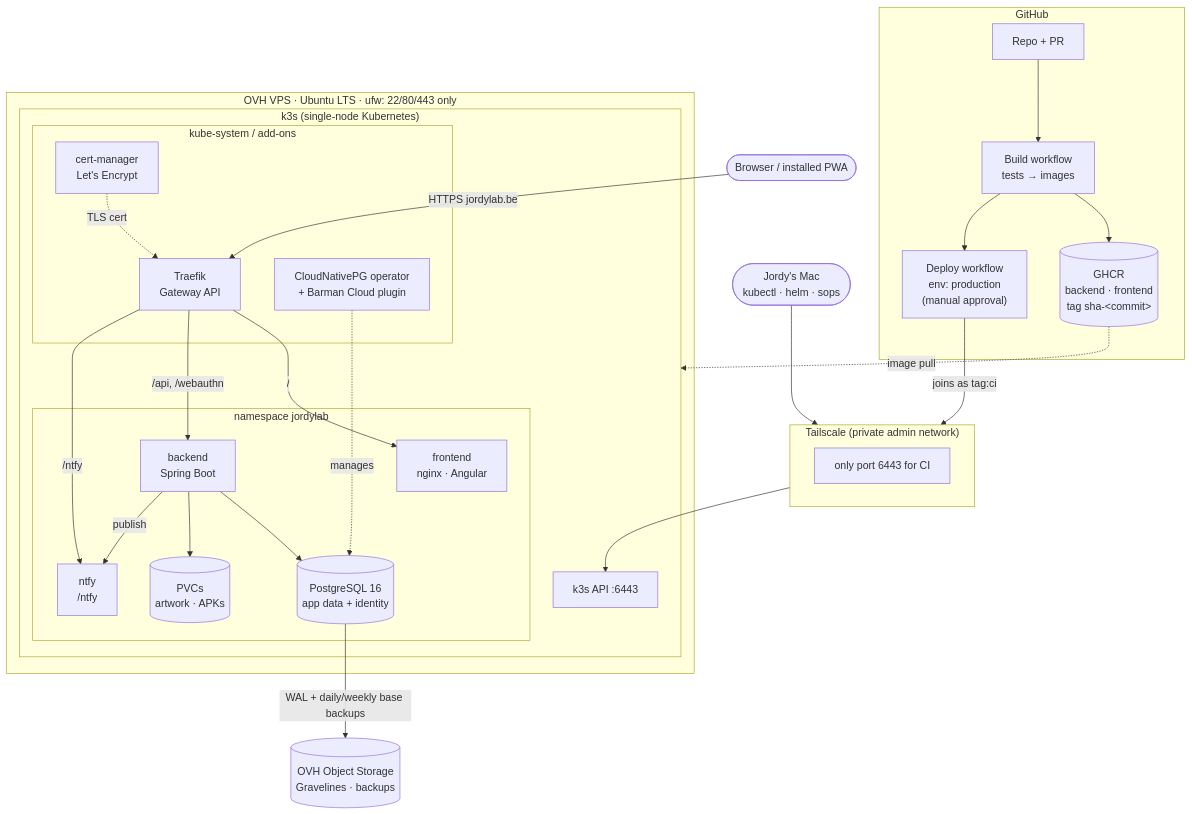
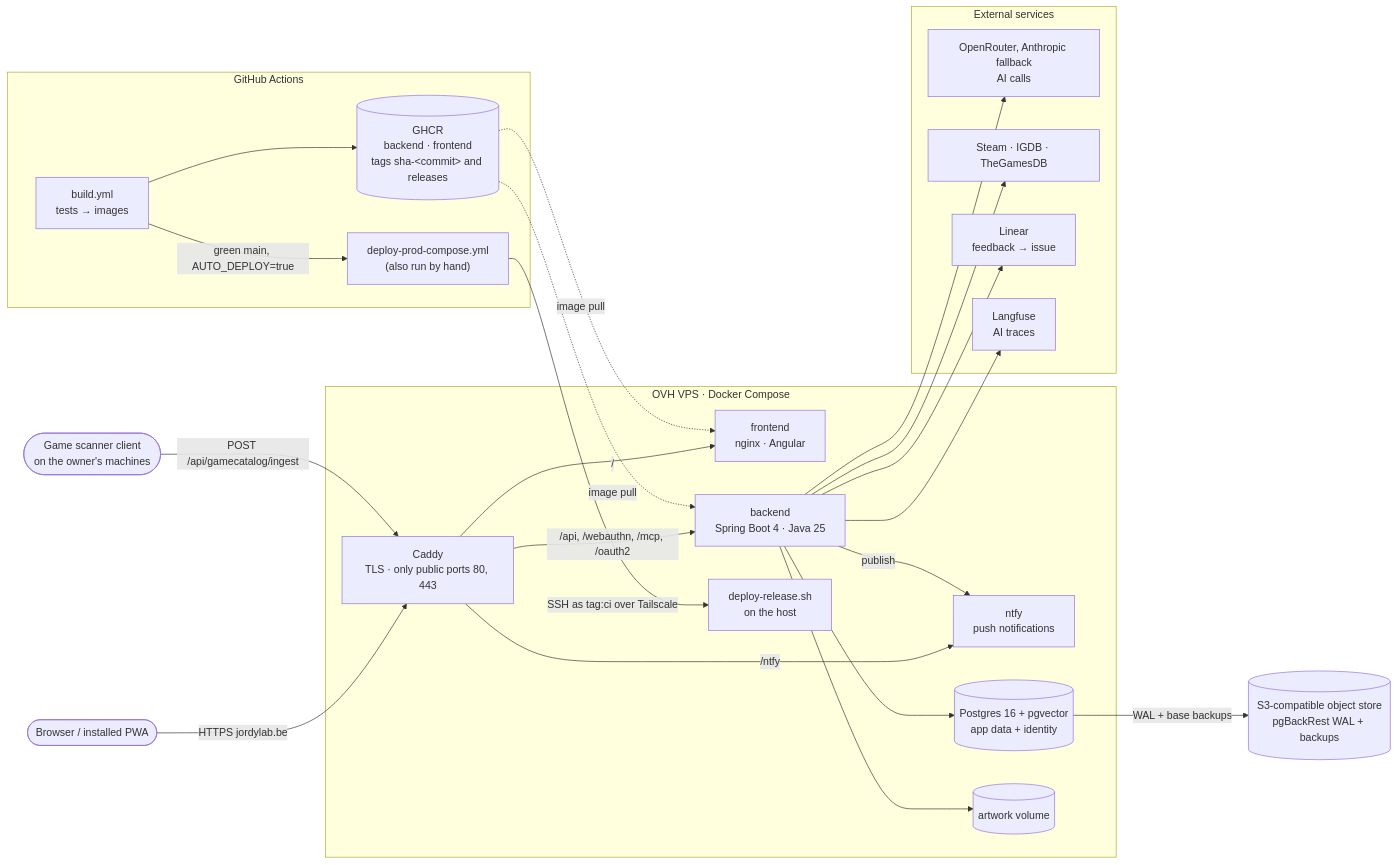
One commit to jordy-swinnen/JordyLab changed the diagram in README.md. Above: the diagram before and after it, drawn with Mermaid. The commit also changed other lines of this file and 3 other files, not shown here.

````diff
--- a/README.md
+++ b/README.md
@@ -14,51 +24,46 @@
 ```mermaid
-flowchart TB
+flowchart LR
     user(["Browser / installed PWA"])
-    dev(["Jordy's Mac<br/>kubectl · helm · sops"])
+    scanner(["Game scanner client<br/>on the owner's machines"])
 
-    subgraph gh["GitHub"]
-        repo["Repo + PR"] --> build["Build workflow<br/>tests → images"]
-        build --> ghcr[("GHCR<br/>backend · frontend<br/>tag sha-&lt;commit&gt;")]
-        build --> deploy["Deploy workflow<br/>env: production<br/>(manual approval)"]
+    subgraph gh["GitHub Actions"]
+        build["build.yml<br/>tests → images"] --> ghcr[("GHCR<br/>backend · frontend<br/>tags sha-&lt;commit&gt; and releases")]
+        build -- "green main, AUTO_DEPLOY=true" --> deploy["deploy-prod-compose.yml<br/>(also run by hand)"]
     end
 
-    subgraph ts["Tailscale (private admin network)"]
-        tsnote["only port 6443 for CI"]
+    subgraph vps["OVH VPS · Docker Compose"]
+        caddy["Caddy<br/>TLS · only public ports 80, 443"]
+        fe["frontend<br/>nginx · Angular"]
+        be["backend<br/>Spring Boot 4 · Java 25"]
+        ntfy["ntfy<br/>push notifications"]
+        pg[("Postgres 16 + pgvector<br/>app data + identity")]
+        art[("artwork volume")]
+        host["deploy-release.sh<br/>on the host"]
     end
 
-    subgraph vps["OVH VPS · Ubuntu LTS · ufw: 22/80/443 only"]
-        subgraph k3s["k3s (single-node Kubernetes)"]
-            api["k3s API :6443"]
-            subgraph ks["kube-system / add-ons"]
-                traefik["Traefik<br/>Gateway API"]
-                certm["cert-manager<br/>Let's Encrypt"]
-                cnpgop["CloudNativePG operator<br/>+ Barman Cloud plugin"]
-            end
-            subgraph ns["namespace jordylab"]
-                fe["frontend<br/>nginx · Angular"]
-                be["backend<br/>Spring Boot"]
-                ntfy["ntfy<br/>/ntfy"]
-                pg[("PostgreSQL 16<br/>app data + identity")]
-                pvc[("PVCs<br/>artwork · APKs")]
-            end
-        end
+    s3[("S3-compatible object store<br/>pgBackRest WAL + backups")]
+
+    subgraph ext["External services"]
+        ai["OpenRouter, Anthropic fallback<br/>AI calls"]
+        games["Steam · IGDB · TheGamesDB"]
+        linear["Linear<br/>feedback → issue"]
+        lf["Langfuse<br/>AI traces"]
     end
 
-    s3[("OVH Object Storage<br/>Gravelines · backups")]
-
-    user -- "HTTPS jordylab.be" --> traefik
-    traefik -- "/" --> fe
-    traefik -- "/api, /webauthn" --> be
-    traefik -- "/ntfy" --> ntfy
-    certm -. "TLS cert" .-> traefik
+    user -- "HTTPS jordylab.be" --> caddy
+    scanner -- "POST /api/gamecatalog/ingest" --> caddy
+    caddy -- "/" --> fe
+    caddy -- "/api, /webauthn, /mcp, /oauth2" --> be
+    caddy -- "/ntfy" --> ntfy
     be --> pg
-    be --> pvc
+    be --> art
     be -- "publish" --> ntfy
-    cnpgop -. "manages" .-> pg
-    pg -- "WAL + daily/weekly base backups" --> s3
-
-    deploy -- "joins as tag:ci" --> ts
-    dev --> ts
-    ts --> api
-    ghcr -. "image pull" .-> k3s
+    be --> ai
+    be --> games
+    be --> linear
+    be --> lf
+    pg -- "WAL + base backups" --> s3
+    deploy -- "SSH as tag:ci over Tailscale" --> host
+    ghcr -. "image pull" .-> fe
+    ghcr -. "image pull" .-> be
 ```
````
